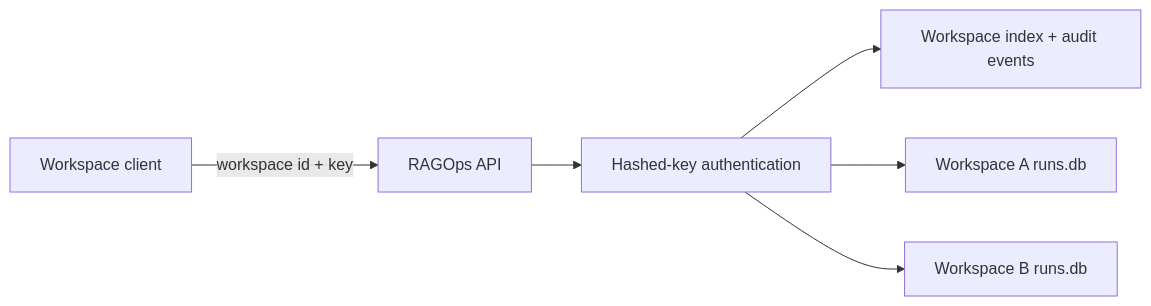
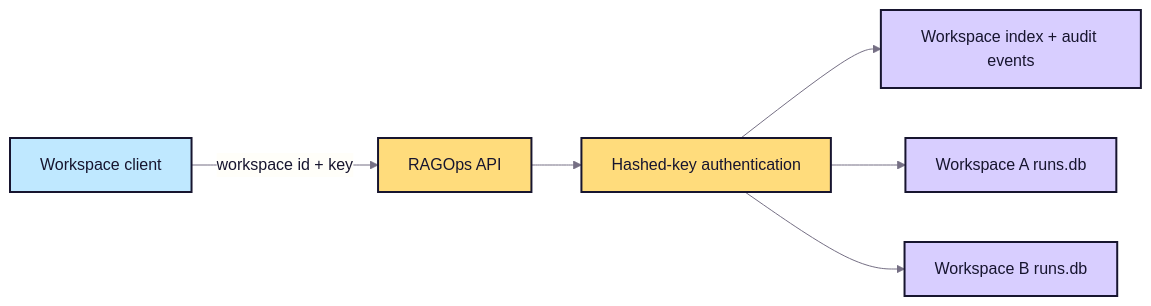
The diagram in docs/architecture/control-plane-alpha.md (thangldw/ragops), drawn with Mermaid before and after one commit. The commit also changed other lines of this file and 39 other files, not shown here.

````diff
--- a/docs/architecture/control-plane-alpha.md
+++ b/docs/architecture/control-plane-alpha.md
@@ -3,8 +3,15 @@
 ```mermaid
+%%{init: {"theme":"base","fontFamily":"system-ui, -apple-system, BlinkMacSystemFont, Segoe UI, sans-serif","flowchart":{"curve":"basis"},"themeVariables":{"background":"#f8f6f0","primaryColor":"#ffdc7c","primaryTextColor":"#17152f","primaryBorderColor":"#17152f","secondaryColor":"#bfe8ff","tertiaryColor":"#d8ceff","lineColor":"#756f84","edgeLabelBackground":"#fffef9"}}}%%
 flowchart LR
     Client["Workspace client"] -->|workspace id + key| API["RAGOps API"]
     API --> Auth["Hashed-key authentication"]
     Auth --> Index["Workspace index + audit events"]
     Auth --> StoreA["Workspace A runs.db"]
     Auth --> StoreB["Workspace B runs.db"]
+    classDef client fill:#bfe8ff,stroke:#17152f,color:#17152f,stroke-width:2px;
+    classDef control fill:#ffdc7c,stroke:#17152f,color:#17152f,stroke-width:2px;
+    classDef store fill:#d8ceff,stroke:#17152f,color:#17152f,stroke-width:2px;
+    class Client client;
+    class API,Auth control;
+    class Index,StoreA,StoreB store;
 ```
````
